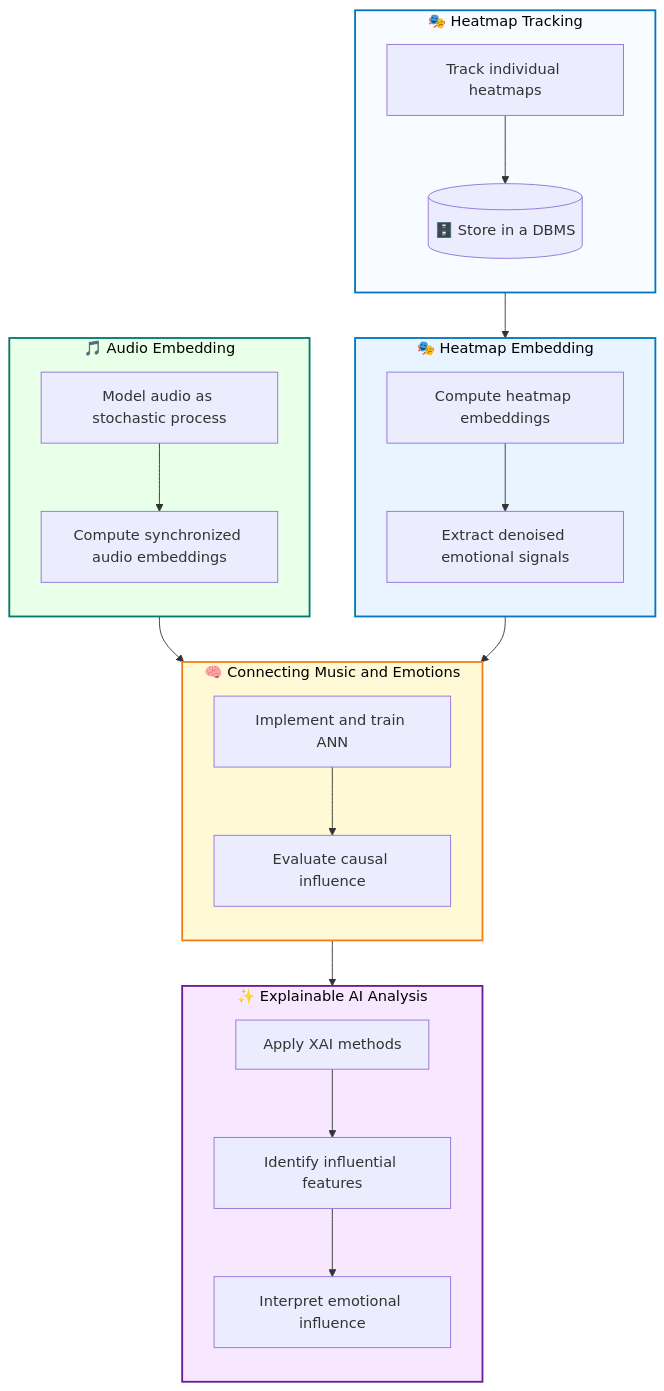
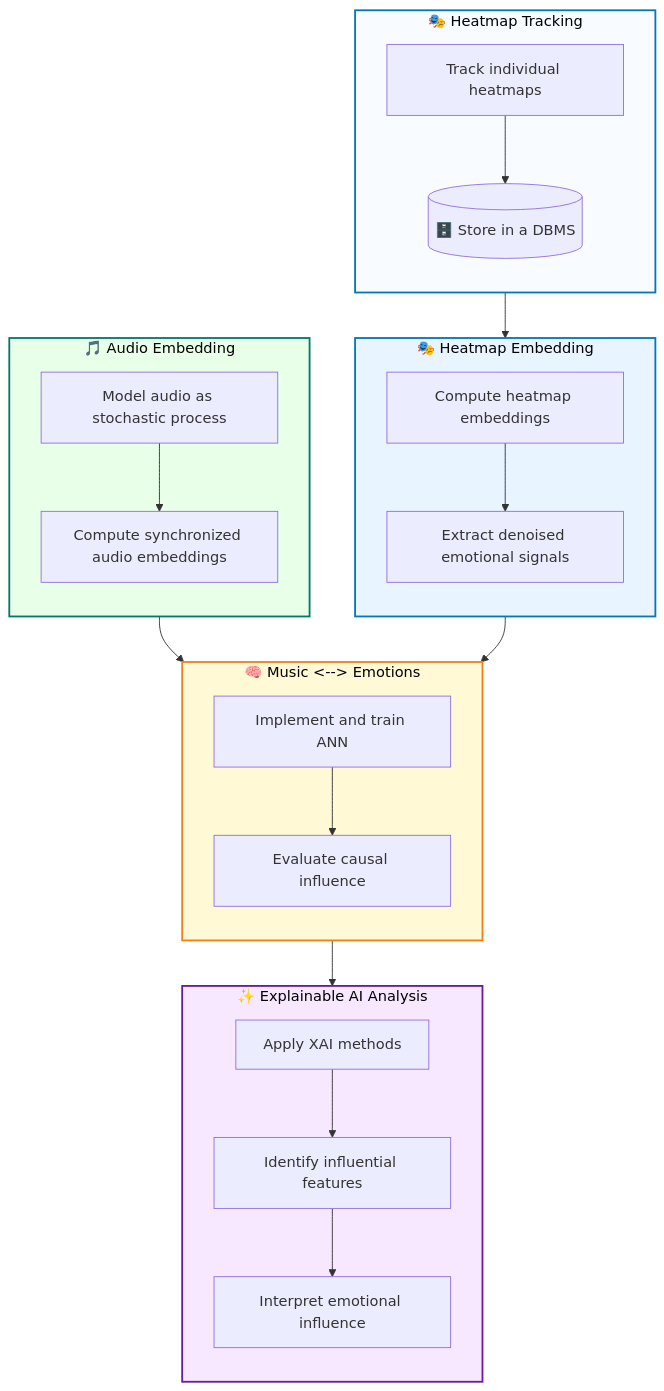
One commit to rdned/ml-projects changed the diagram in methodology/Methodology.qmd. Above: the diagram before and after it, drawn with Mermaid. The commit also changed 2 other files, not shown here.

Commit message:
Expose nbdev docs as Quarto resources, enable relative paths, and embed core module HTML in tracking page.

````diff
--- a/methodology/Methodology.qmd
+++ b/methodology/Methodology.qmd
@@ -9,75 +9,75 @@
 ```{mermaid}
  %%| fig-cap: "Swimlane Diagram: Multimodal Music–Emotion Workflow — vertical lanes, all top-down"
 flowchart TD
 
   %% --- Audience: Heatmap Tracking (top-down) ---
   subgraph AUD_TRACK["🎭 Heatmap Tracking"]
     direction TB
     A1["Track individual heatmaps"]
     A1b[(🗄️ Store in a DBMS)]
   end
 
   %% --- Audience: Heatmap Embedding (top-down) ---
   subgraph AUD_EMB["🎭 Heatmap Embedding"]
     direction TB
     A2["Compute heatmap embeddings"]
     A3["Extract denoised emotional signals"]
   end
 
   %% --- Audio (top-down) ---
   subgraph AUDIO["🎵 Audio Embedding"]
     direction TB
     B1["Model audio as stochastic process"]
     B2["Compute synchronized audio embeddings"]
   end
 
   %% --- Model (top-down) ---
-  subgraph MODEL["🧠 Connecting Music and Emotions"]
+  subgraph MODEL["🧠 Music <--> Emotions"]
     direction TB
     C1["Implement and train ANN"]
     C2["Evaluate causal influence"]
   end
 
   %% --- XAI (top-down) ---
   subgraph XAI["✨ Explainable AI Analysis"]
     direction TB
     D1["Apply XAI methods"]
     D2["Identify influential features"]
     D3["Interpret emotional influence"]
   end
 
   %% --- Vertical ordering (stacked lanes, top → down) ---
   %%AUD_TRACK --> AUD_EMB
   %%AUD_EMB --> AUDIO
   %%AUDIO --> MODEL
   %%MODEL --> XAI
 
   %% --- Internal top-down flows ---
   A1 --> A1b
   A1b --> A2
   A2 --> A3
   A3 --> C1
   B1 --> B2
   B2 --> C1
   C1 --> C2
   C2 --> D1
   D1 --> D2
   D2 --> D3
 
   %% --- Styling ---
   classDef audienceStyle fill:#F8FBFF,stroke:#0277bd,stroke-width:2px,color:#000
   classDef embStyle fill:#e8f4ff,stroke:#0277bd,stroke-width:2px,color:#000
   classDef audioStyle fill:#e8ffe8,stroke:#00796b,stroke-width:2px,color:#000
   classDef modelStyle fill:#fff9d6,stroke:#f57f17,stroke-width:2px,color:#000
   classDef xaiStyle fill:#f7e8ff,stroke:#6a1b9a,stroke-width:2px,color:#000
   classDef nodeStyle fill:#ffffff,stroke:#333,stroke-width:1px,color:#000
 
 
   class AUD_TRACK audienceStyle
   class AUD_EMB embStyle
   class AUDIO audioStyle
   class MODEL modelStyle
   class XAI xaiStyle
   class A1,A1b,A2,A3,B1,B2,C1,C2,D1,D2,D3 node
 
 ```
````
